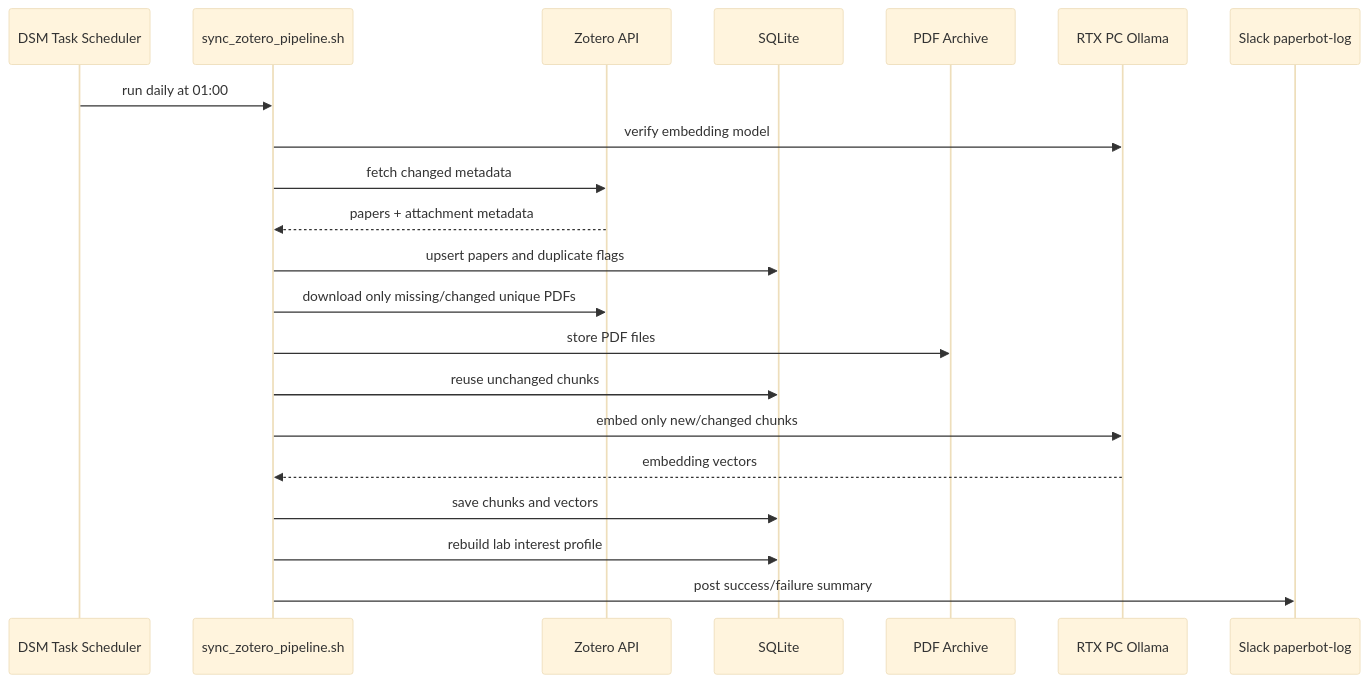
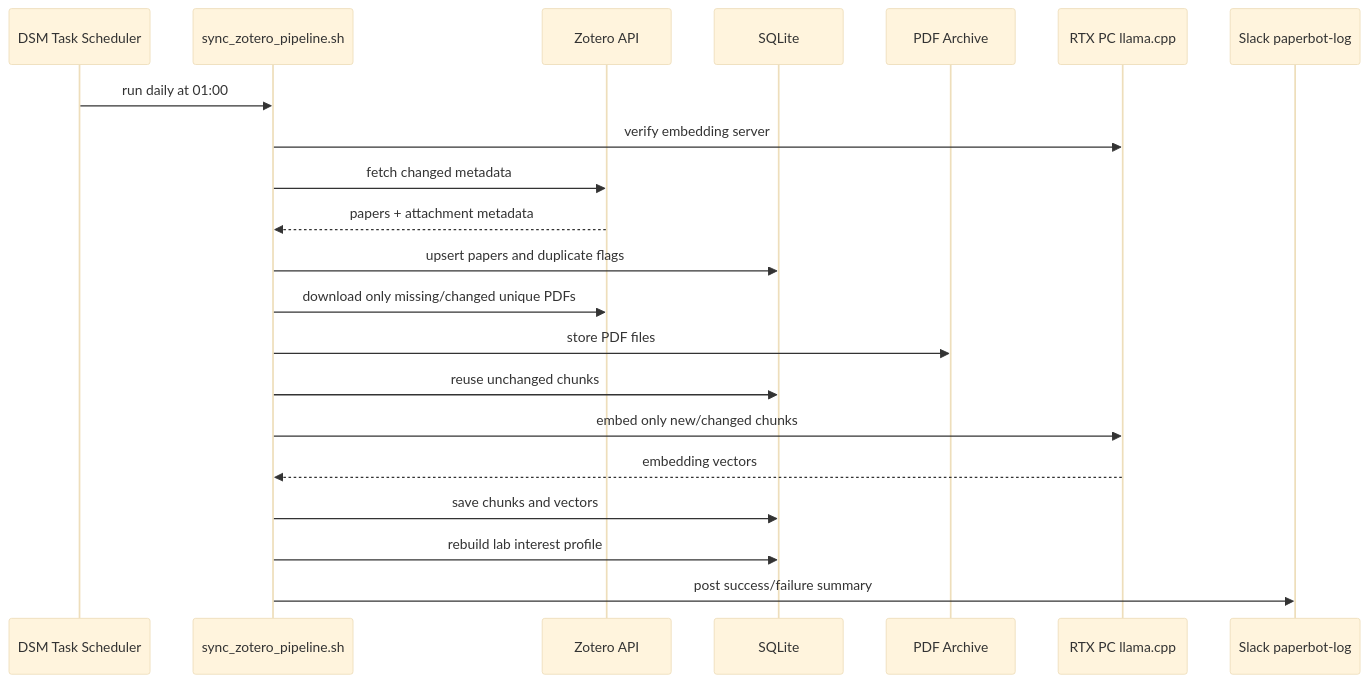
Before and after one commit to woolen-yarn/kohdalab-paperbot: the second of 4 diagrams in docs/ARCHITECTURE.md, drawn with Mermaid (base theme). The commit also changed other lines of this file and 25 other files, not shown here.

Commit message:
Migrate PaperBot from Ollama to llama.cpp

````diff
--- a/docs/ARCHITECTURE.md
+++ b/docs/ARCHITECTURE.md
@@ -65,24 +63,24 @@
 ```mermaid
 sequenceDiagram
   participant DSM as DSM Task Scheduler
   participant Sync as sync_zotero_pipeline.sh
   participant Zotero as Zotero API
   participant DB as SQLite
   participant PDF as PDF Archive
-  participant Ollama as RTX PC Ollama
+  participant Llama as RTX PC llama.cpp
   participant Slack as Slack paperbot-log
 
   DSM->>Sync: run daily at 01:00
-  Sync->>Ollama: verify embedding model
+  Sync->>Llama: verify embedding server
   Sync->>Zotero: fetch changed metadata
   Zotero-->>Sync: papers + attachment metadata
   Sync->>DB: upsert papers and duplicate flags
   Sync->>Zotero: download only missing/changed unique PDFs
   Sync->>PDF: store PDF files
   Sync->>DB: reuse unchanged chunks
-  Sync->>Ollama: embed only new/changed chunks
-  Ollama-->>Sync: embedding vectors
+  Sync->>Llama: embed only new/changed chunks
+  Llama-->>Sync: embedding vectors
   Sync->>DB: save chunks and vectors
   Sync->>DB: rebuild lab interest profile
   Sync->>Slack: post success/failure summary
 ```
````
